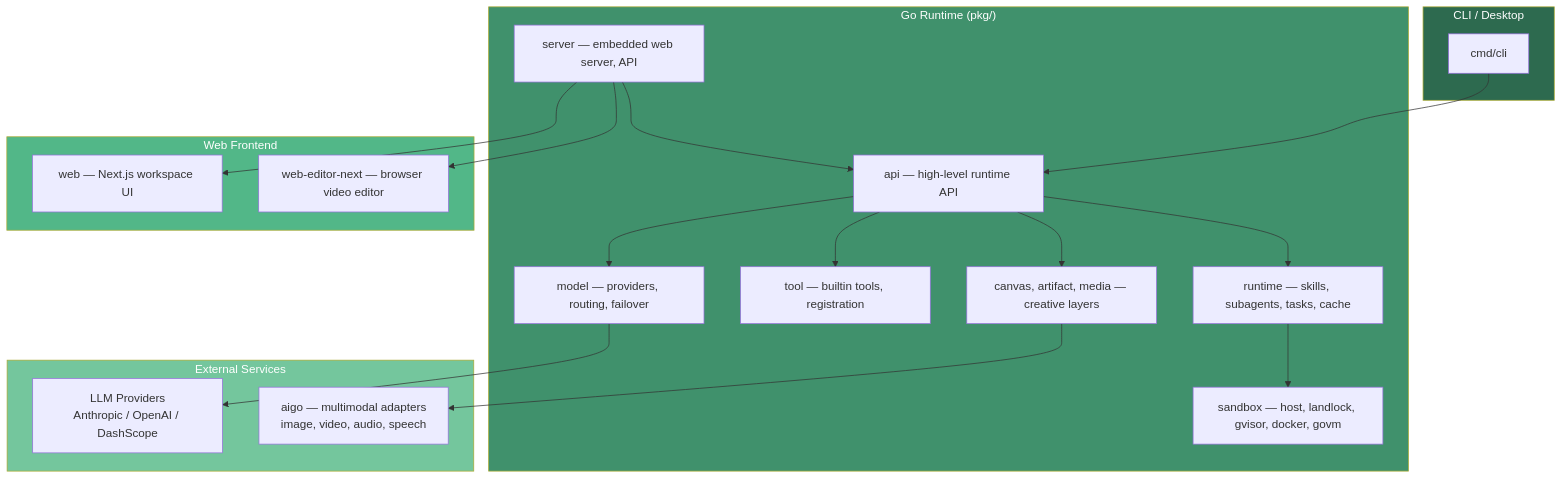
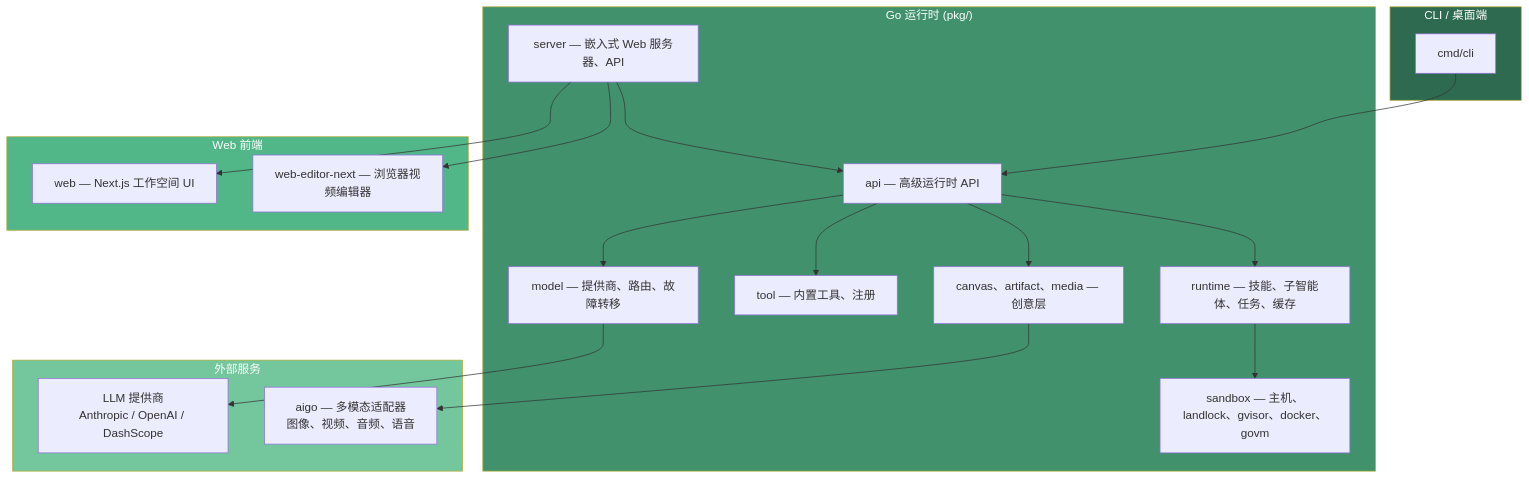
One commit to saker-ai/saker changed the diagram in README.md. Above: the diagram before and after it, drawn with Mermaid. The commit also changed other lines of this file, not shown here.

````diff
--- a/README.md
+++ b/README.md
@@ -17,40 +189,40 @@
 ```mermaid
 graph TB
-    subgraph CLI["CLI / Desktop"]
+    subgraph CLI["CLI / 桌面端"]
         CLI_CMD[cmd/cli]
     end
 
-    subgraph Runtime["Go Runtime (pkg/)"]
-        API[api — high-level runtime API]
-        MODEL[model — providers, routing, failover]
-        TOOL[tool — builtin tools, registration]
-        RT[runtime — skills, subagents, tasks, cache]
-        SERVER[server — embedded web server, API]
-        CANVAS[canvas, artifact, media — creative layers]
-        SANDBOX[sandbox — host, landlock, gvisor, docker, govm]
+    subgraph Runtime["Go 运行时 (pkg/)"]
+        API[api — 高级运行时 API]
+        MODEL[model — 提供商、路由、故障转移]
+        TOOL[tool — 内置工具、注册]
+        RT[runtime — 技能、子智能体、任务、缓存]
+        SERVER[server — 嵌入式 Web 服务器、API]
+        CANVAS[canvas、artifact、media — 创意层]
+        SANDBOX[sandbox — 主机、landlock、gvisor、docker、govm]
     end
 
-    subgraph Frontend["Web Frontend"]
-        WEB[web — Next.js workspace UI]
-        EDITOR[web-editor-next — browser video editor]
+    subgraph Frontend["Web 前端"]
+        WEB[web — Next.js 工作空间 UI]
+        EDITOR[web-editor-next — 浏览器视频编辑器]
     end
 
-    subgraph External["External Services"]
-        LLM[LLM Providers<br/>Anthropic / OpenAI / DashScope]
-        AIGO[aigo — multimodal adapters<br/>image, video, audio, speech]
+    subgraph External["外部服务"]
+        LLM[LLM 提供商<br/>Anthropic / OpenAI / DashScope]
+        AIGO[aigo — 多模态适配器<br/>图像、视频、音频、语音]
     end
 
     CLI_CMD --> API
     API --> MODEL --> LLM
     API --> TOOL
     API --> RT --> SANDBOX
     API --> CANVAS --> AIGO
     SERVER --> WEB
     SERVER --> EDITOR
     SERVER --> API
 
     style CLI fill:#2d6a4f,color:#fff
     style Runtime fill:#40916c,color:#fff
     style Frontend fill:#52b788,color:#fff
     style External fill:#74c69d,color:#fff
 ```
````
